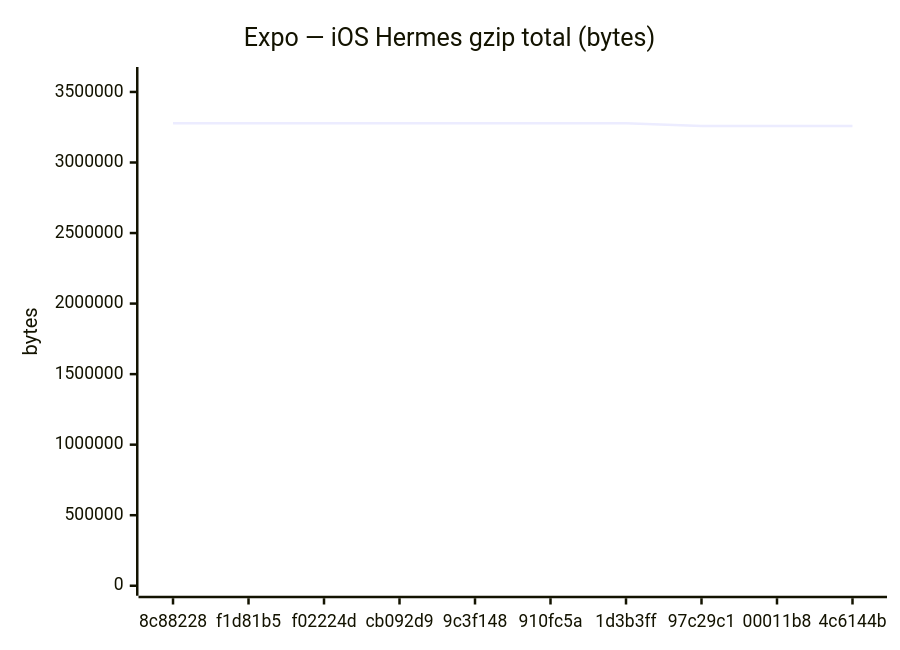
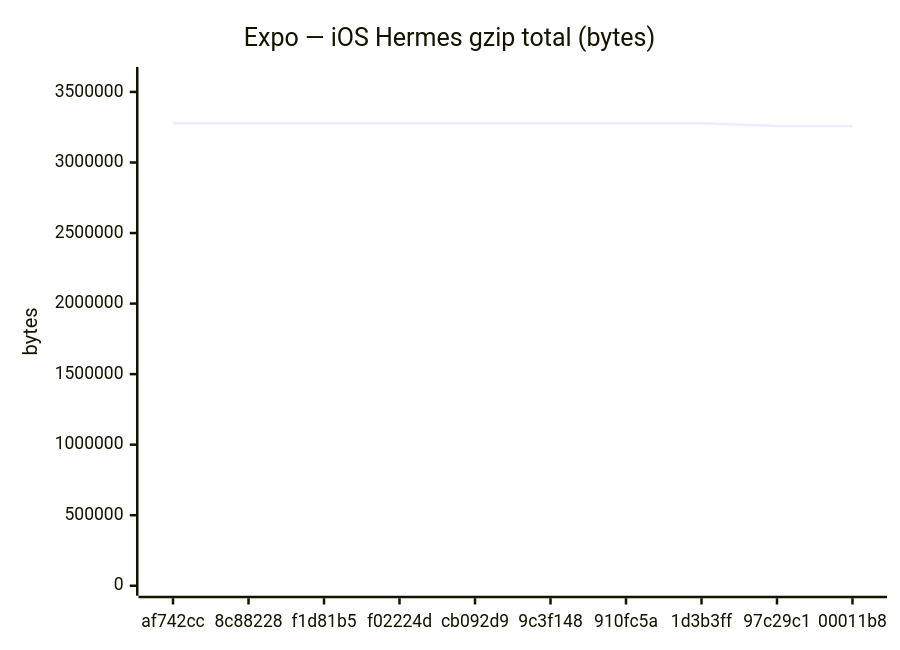
The sixth of 18 diagrams in benchmarks/compare.md (Metaheurist/Rianell), drawn with Mermaid before and after one commit. The commit also changed other lines of this file and 12 other files, not shown here.

````diff
--- a/benchmarks/compare.md
+++ b/benchmarks/compare.md
@@ -96,7 +96,7 @@
 ```mermaid
 xychart-beta
     title "Expo — iOS Hermes gzip total (bytes)"
-    x-axis ["8c88228", "f1d81b5", "f02224d", "cb092d9", "9c3f148", "910fc5a", "1d3b3ff", "97c29c1", "00011b8", "4c6144b"]
+    x-axis ["af742cc", "8c88228", "f1d81b5", "f02224d", "cb092d9", "9c3f148", "910fc5a", "1d3b3ff", "97c29c1", "00011b8"]
     y-axis "bytes" 0 --> 3606021
-    line [3277689, 3278200, 3278200, 3278198, 3278199, 3277688, 3278198, 3258272, 3258276, 3258273]
+    line [3278197, 3277689, 3278200, 3278200, 3278198, 3278199, 3277688, 3278198, 3258272, 3258276]
 ```
````
